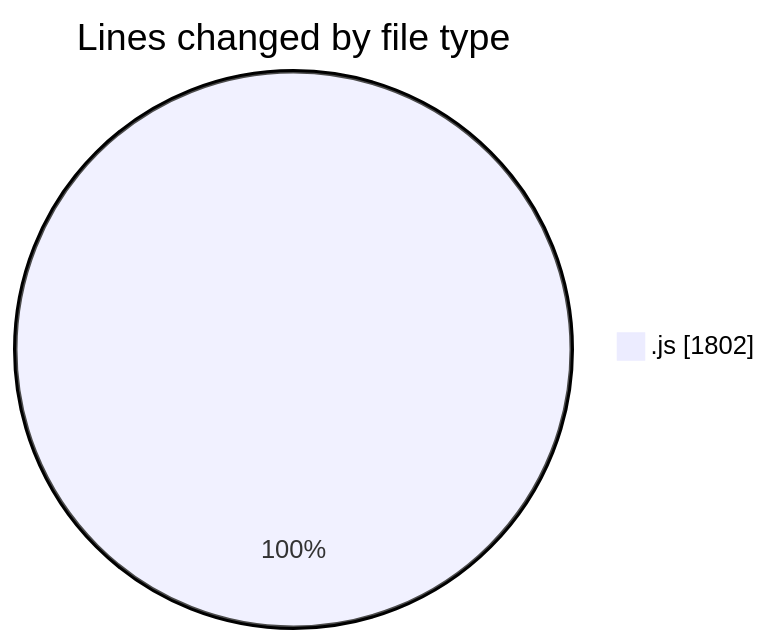
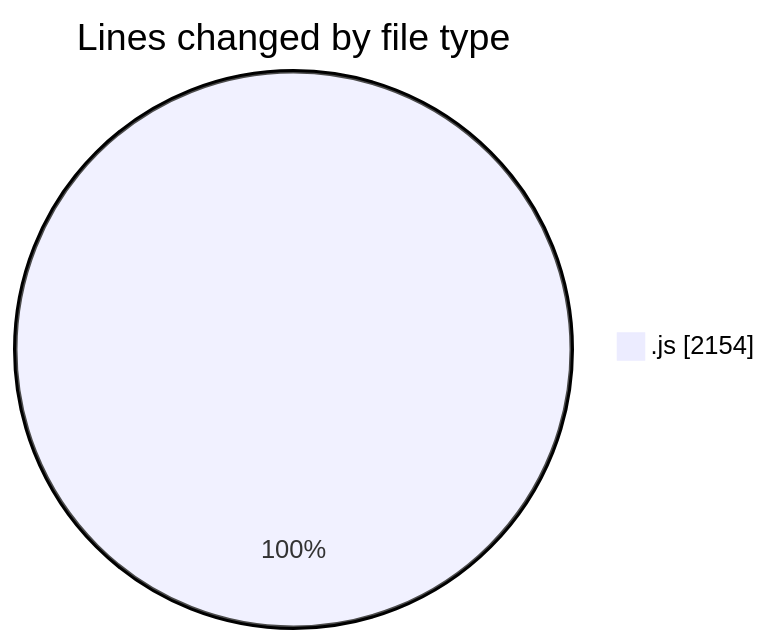
Before and after one commit to nxtqubesakshisongat/code-tracking: the first of 2 diagrams in 2025-10-16/nxtqube_webapp/README.md, drawn with Mermaid. The commit also changed other lines of this file and 1 other file, not shown here.

````diff
--- a/2025-10-16/nxtqube_webapp/README.md
+++ b/2025-10-16/nxtqube_webapp/README.md
@@ -20,5 +20,5 @@
 ```mermaid
 pie showData
 title Lines changed by file type
-".js" : 1802
+".js" : 2154
 ```
````
